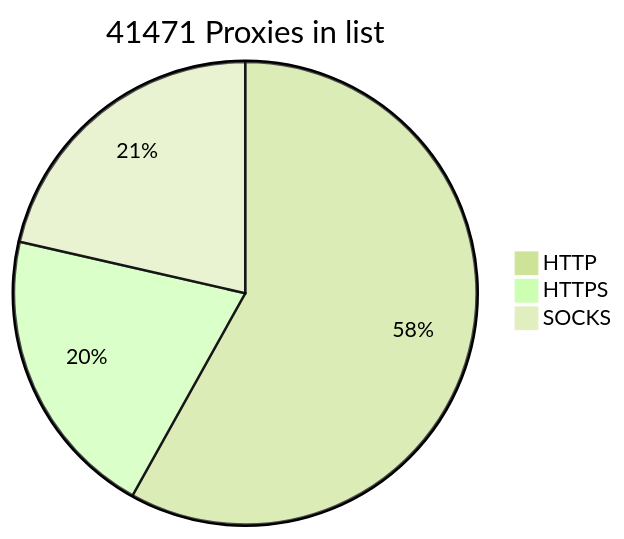
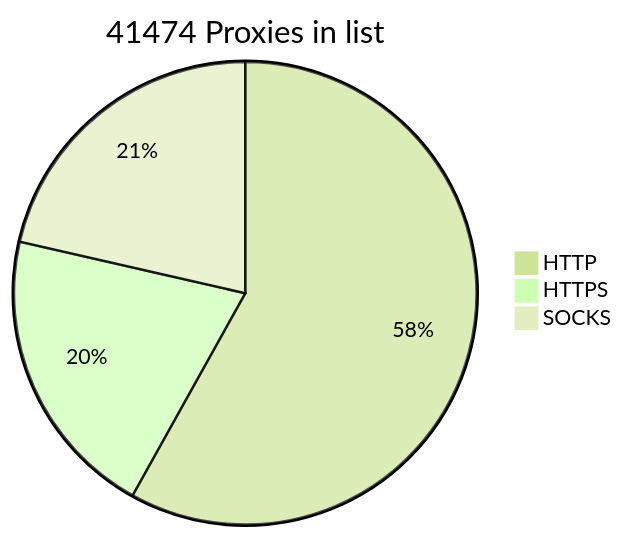
One commit to BlackSnowDot/proxylist-update-every-minute changed the diagram in README.md. Above: the diagram before and after it, drawn with Mermaid (forest theme).

````diff
--- a/README.md
+++ b/README.md
@@ -2,6 +2,6 @@
 ```mermaid
-pie title 41471 Proxies in list
-    "HTTP" : 27885
-    "HTTPS": 9834
+pie title 41474 Proxies in list
+    "HTTP" : 27888
+    "HTTPS": 9836
     "SOCKS" : 10283
 ```
````
